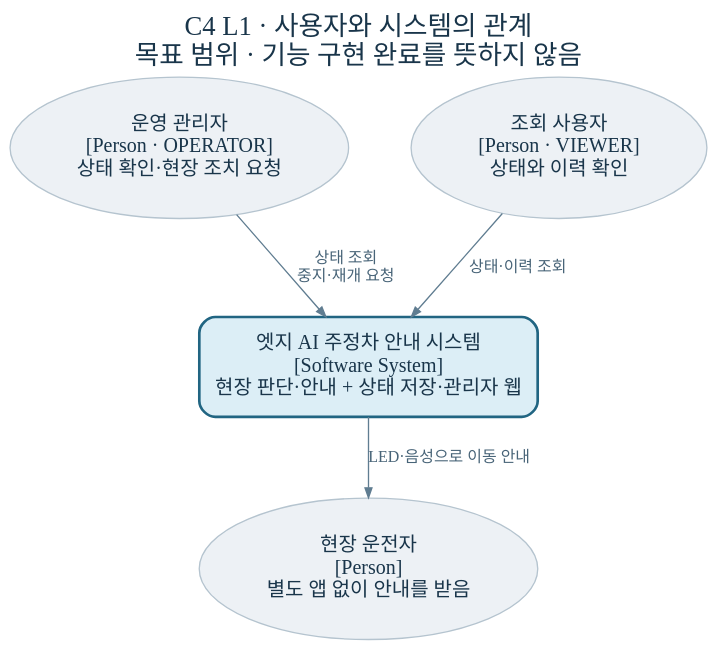
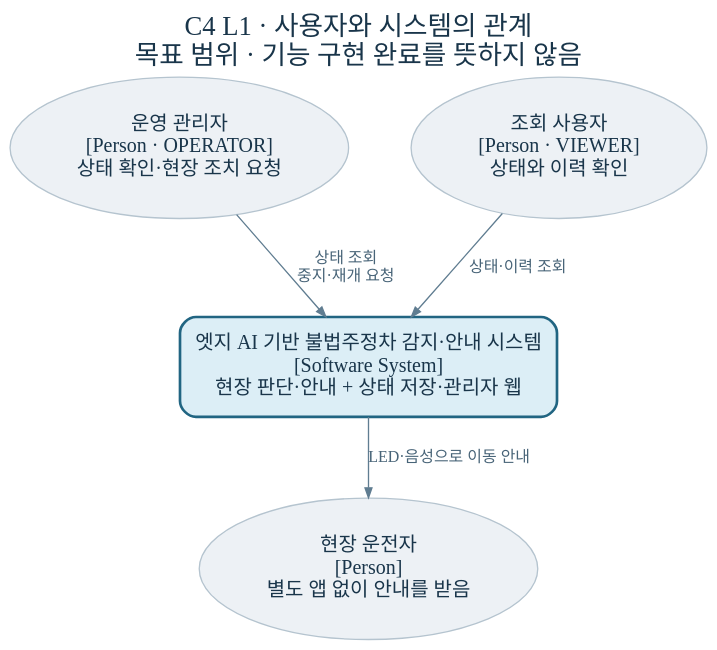
One commit to yh4752/illegal-parking-detection changed the diagram in docs/diagrams/01-context.dot. Above: the diagram before and after it, drawn with Graphviz. The commit also changed 67 other files, not shown here.

```diff
--- a/docs/diagrams/01-context.dot
+++ b/docs/diagrams/01-context.dot
@@ -1,13 +1,13 @@
 digraph Context {
   graph [rankdir=TB, bgcolor="transparent", pad="0.3", nodesep="0.65", ranksep="0.65", fontname="Apple SD Gothic Neo", label="C4 L1 · 사용자와 시스템의 관계\n목표 범위 · 기능 구현 완료를 뜻하지 않음", labelloc=t, fontsize=20, fontcolor="#19354a"];
   node [shape=box, style="rounded,filled", fontname="Apple SD Gothic Neo", fontsize=15, margin="0.22,0.16", color="#b5c4cf", fillcolor="#edf1f5", fontcolor="#19354a"];
   edge [fontname="Apple SD Gothic Neo", fontsize=12, color="#607d91", fontcolor="#486478", arrowsize=0.75];
   operator [shape=oval, label="운영 관리자\n[Person · OPERATOR]\n상태 확인·현장 조치 요청"];
   viewer [shape=oval, label="조회 사용자\n[Person · VIEWER]\n상태와 이력 확인"];
-  system [label="엣지 AI 주정차 안내 시스템\n[Software System]\n현장 판단·안내 + 상태 저장·관리자 웹", fillcolor="#dceef6", color="#216582", penwidth=2];
+  system [label="엣지 AI 기반 불법주정차 감지·안내 시스템\n[Software System]\n현장 판단·안내 + 상태 저장·관리자 웹", fillcolor="#dceef6", color="#216582", penwidth=2];
   driver [shape=oval, label="현장 운전자\n[Person]\n별도 앱 없이 안내를 받음"];
   {rank=same; operator; viewer;}
   operator -> system [label="상태 조회\n중지·재개 요청"];
   viewer -> system [label="상태·이력 조회"];
   system -> driver [label="LED·음성으로 이동 안내"];
 }
```
